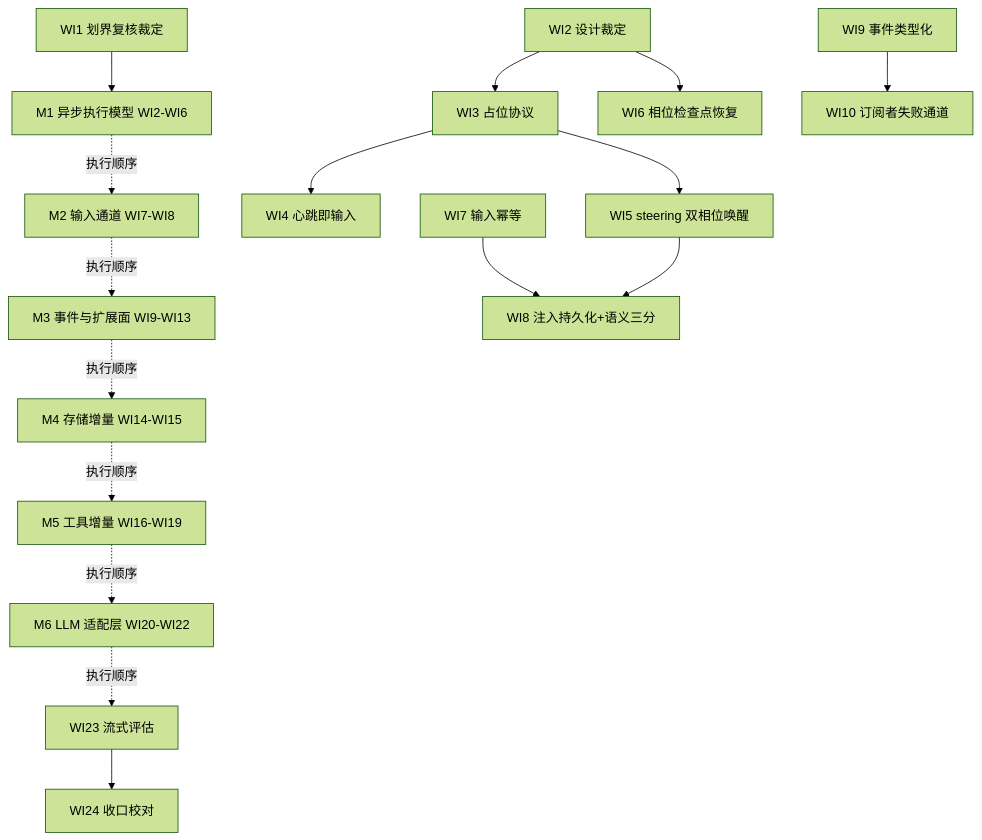
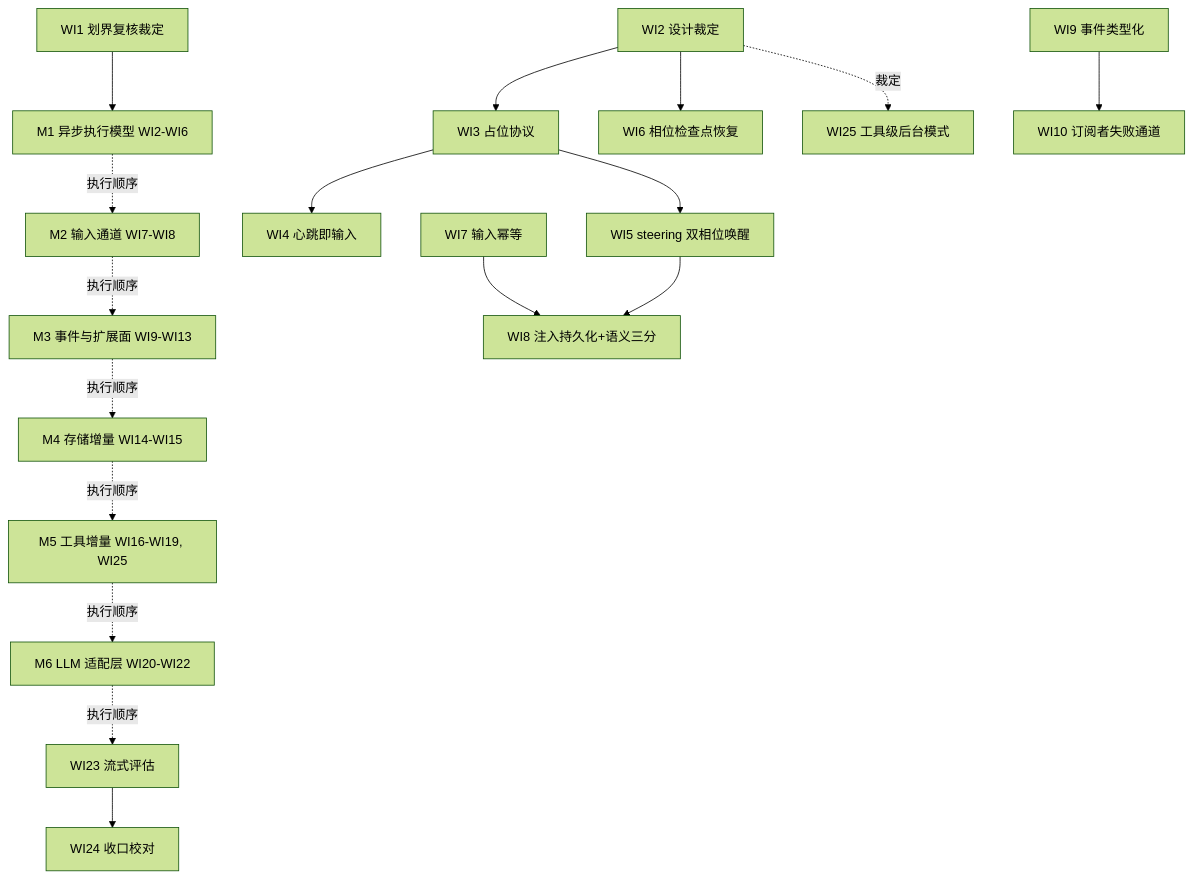
The diagram in ai-dev/backlog/nop-ai-agent-refactor-roadmap.md (entropy-cloud/nop-entropy), drawn with Mermaid (forest theme) before and after one commit. The commit also changed other lines of this file and 3 other files, not shown here.

First line of the commit message:
docs(nop-ai-agent): 裁定采纳工具级后台模式，roadmap 新增 WI25 并同步设计文档

````diff
--- a/ai-dev/backlog/nop-ai-agent-refactor-roadmap.md
+++ b/ai-dev/backlog/nop-ai-agent-refactor-roadmap.md
@@ -99,18 +100,19 @@
 ```mermaid
 graph TD
     WI1["WI1 划界复核裁定"] --> M1["M1 异步执行模型 WI2-WI6"]
     WI2["WI2 设计裁定"] --> WI3["WI3 占位协议"]
     WI3 --> WI4["WI4 心跳即输入"]
     WI3 --> WI5["WI5 steering 双相位唤醒"]
     WI2 --> WI6["WI6 相位检查点恢复"]
     WI7["WI7 输入幂等"] --> WI8["WI8 注入持久化+语义三分"]
     WI5 --> WI8
     WI9["WI9 事件类型化"] --> WI10["WI10 订阅者失败通道"]
     M1 -.->|执行顺序| M2["M2 输入通道 WI7-WI8"]
     M2 -.->|执行顺序| M3["M3 事件与扩展面 WI9-WI13"]
     M3 -.->|执行顺序| M4["M4 存储增量 WI14-WI15"]
-    M4 -.->|执行顺序| M5["M5 工具增量 WI16-WI19"]
+    M4 -.->|执行顺序| M5["M5 工具增量 WI16-WI19, WI25"]
+    WI2 -.->|裁定| WI25["WI25 工具级后台模式"]
     M5 -.->|执行顺序| M6["M6 LLM 适配层 WI20-WI22"]
     M6 -.->|执行顺序| WI23["WI23 流式评估"]
     WI23 --> WI24["WI24 收口校对"]
 ```
````
